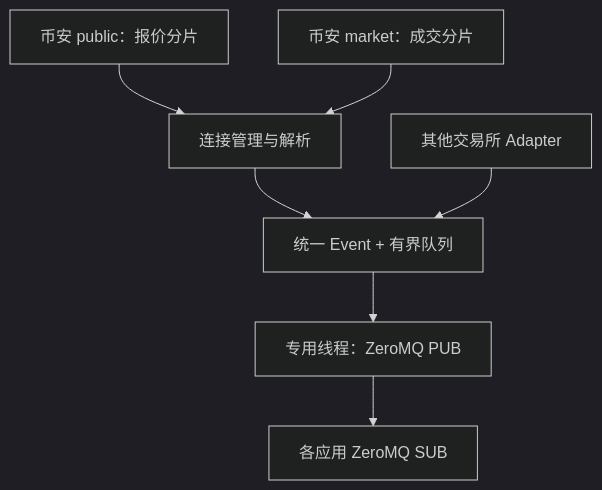
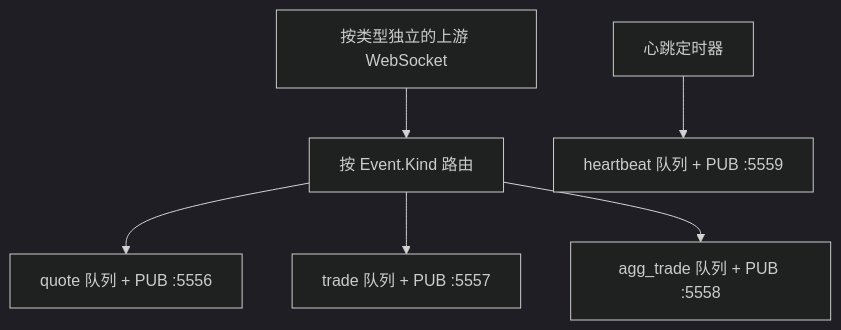
One commit to DevRoss/marketpipe changed the diagram in README.md. Above: the diagram before and after it, drawn with Mermaid (dark theme). The commit also changed other lines of this file and 16 other files, not shown here.

````diff
--- a/README.md
+++ b/README.md
@@ -69,9 +99,8 @@
 ```mermaid
 flowchart TD
-  A["币安 public：报价分片"] --> C["连接管理与解析"]
-  B["币安 market：成交分片"] --> C
-  C --> D["统一 Event + 有界队列"]
-  E["其他交易所 Adapter"] --> D
-  D --> F["专用线程：ZeroMQ PUB"]
-  F --> G["各应用 ZeroMQ SUB"]
+  A["按类型独立的上游 WebSocket"] --> R["按 Event.Kind 路由"]
+  R --> Q["quote 队列 + PUB :5556"]
+  R --> T["trade 队列 + PUB :5557"]
+  R --> G["agg_trade 队列 + PUB :5558"]
+  H["心跳定时器"] --> C["heartbeat 队列 + PUB :5559"]
 ```
````
